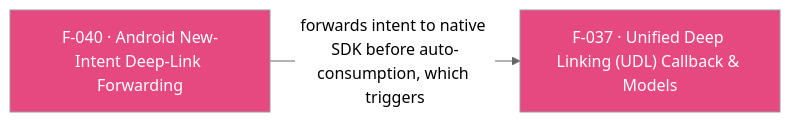
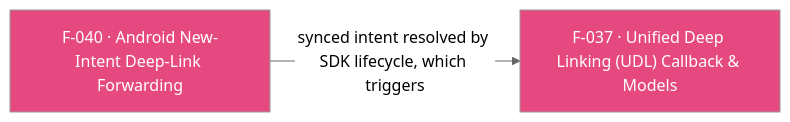
One commit to AppsFlyerSDK/appsflyer-flutter-plugin changed the diagram in internal-docs/features/F-040-android-new-intent-deep-link-forwarding.md. Above: the diagram before and after it, drawn with Mermaid (neutral theme). The commit also changed other lines of this file and 112 other files, not shown here.

First line of the commit message:
[DELIVERY-125863] Migrate Flutter plugin to AppsFlyer SDK 7 RPC architecture.

````diff
--- a/internal-docs/features/F-040-android-new-intent-deep-link-forwarding.md
+++ b/internal-docs/features/F-040-android-new-intent-deep-link-forwarding.md
@@ -68,5 +64,5 @@
 ```mermaid
 flowchart LR
-    F040["F-040 · Android New-Intent Deep-Link Forwarding"]:::deepLinking -->|"forwards intent to native SDK before auto-consumption, which triggers"| F037["F-037 · Unified Deep Linking (UDL) Callback & Models"]:::deepLinking
+    F040["F-040 · Android New-Intent Deep-Link Forwarding"]:::deepLinking -->|"synced intent resolved by SDK lifecycle, which triggers"| F037["F-037 · Unified Deep Linking (UDL) Callback & Models"]:::deepLinking
     classDef deepLinking fill:#E64980,color:#fff
 ```
````
